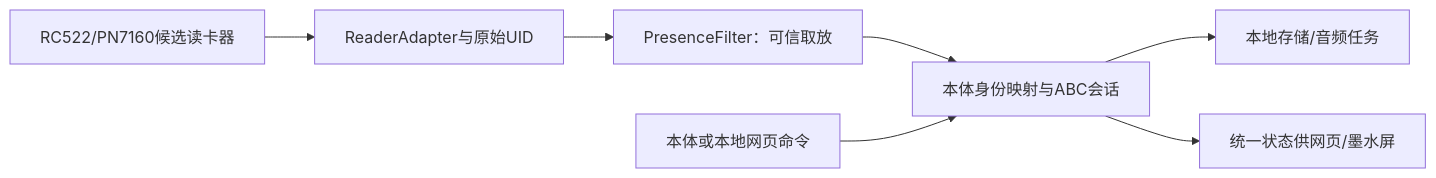
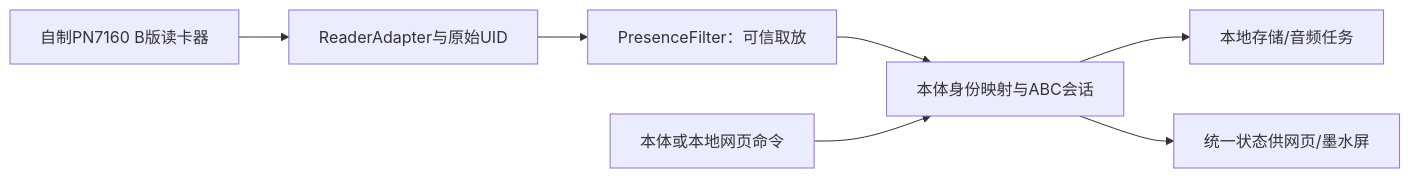
One commit to yigencong-1/record-companion changed the second of 3 diagrams in product/interfaces.md. Above: the diagram before and after it, drawn with Mermaid. The commit also changed other lines of this file and 51 other files, not shown here.

````diff
--- a/product/interfaces.md
+++ b/product/interfaces.md
@@ -123,9 +123,9 @@
 ```mermaid
 flowchart LR
-    RF["RC522/PN7160候选读卡器"] --> RAW["ReaderAdapter与原始UID"]
+    RF["自制PN7160 B版读卡器"] --> RAW["ReaderAdapter与原始UID"]
     RAW --> P["PresenceFilter：可信取放"]
     P --> ACT["本体身份映射与ABC会话"]
     WEB["本体或本地网页命令"] --> ACT
     ACT --> AUDIO["本地存储/音频任务"]
     ACT --> STATE["统一状态供网页/墨水屏"]
 ```
````
